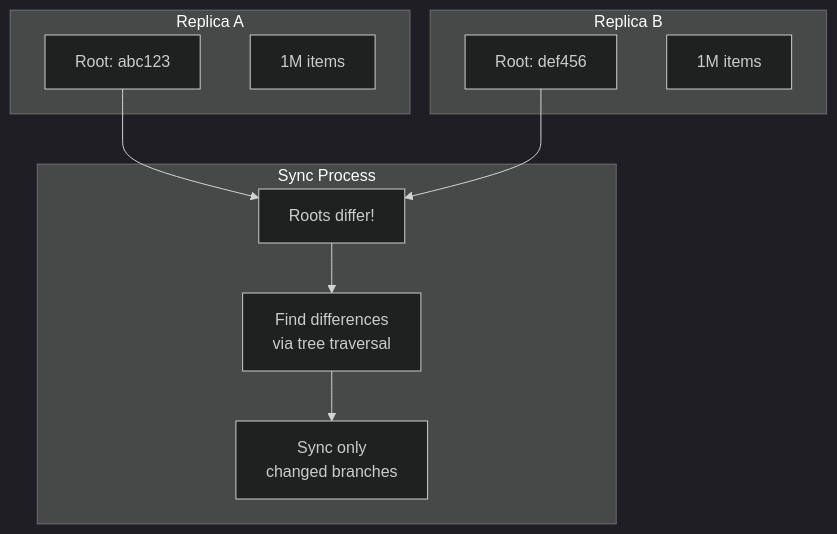
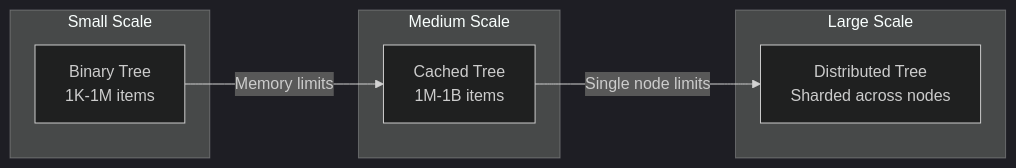
The fourth of 6 diagrams in docs/pattern-library/data-management/merkle-trees.md (deepaucksharma/DStudio), drawn with Mermaid (dark theme) before and after one commit. The commit also changed other lines of this file and 23 other files, not shown here.

````diff
--- a/docs/pattern-library/data-management/merkle-trees.md
+++ b/docs/pattern-library/data-management/merkle-trees.md
@@ -297,22 +255,17 @@
- ```mermaid
- graph TB
- subgraph "Replica A"
- RA[Root: abc123]
- RAData[1M items]
- end
- subgraph "Replica B"
- RB[Root: def456]
- RBData[1M items]
- end
- subgraph "Sync Process"
- Compare[Roots differ!]
- Traverse[Find differences
- via tree traversal]
- Sync[Sync only
- changed branches]
- end
- RA --> Compare
- RB --> Compare
- Compare --> Traverse
- Traverse --> Sync
- ```
+```mermaid
+graph LR
+    subgraph "Small Scale"
+        A1[Binary Tree<br/>1K-1M items]
+    end
+    
+    subgraph "Medium Scale"
+        B1[Cached Tree<br/>1M-1B items]
+    end
+    
+    subgraph "Large Scale"
+        C1[Distributed Tree<br/>Sharded across nodes]
+    end
+    
+    A1 -->|Memory limits| B1
+    B1 -->|Single node limits| C1
+```
````
